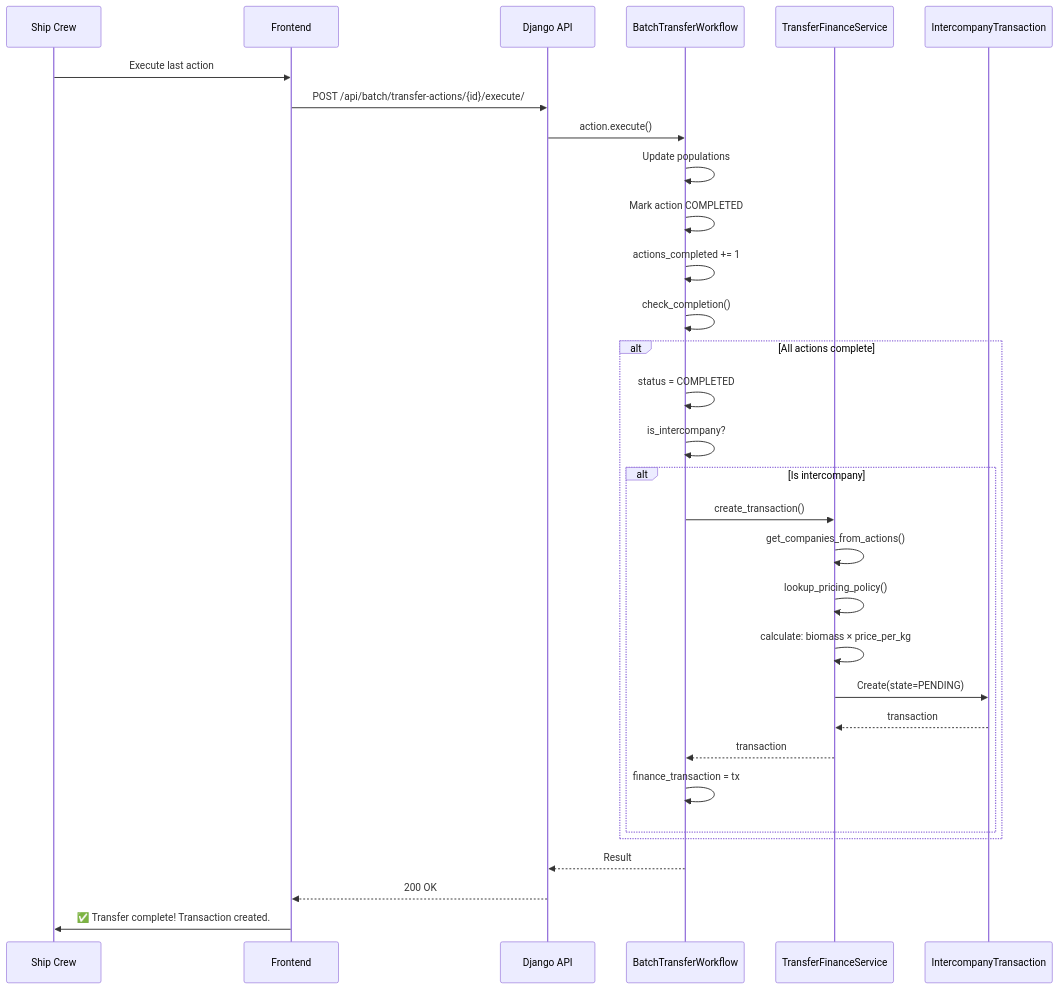
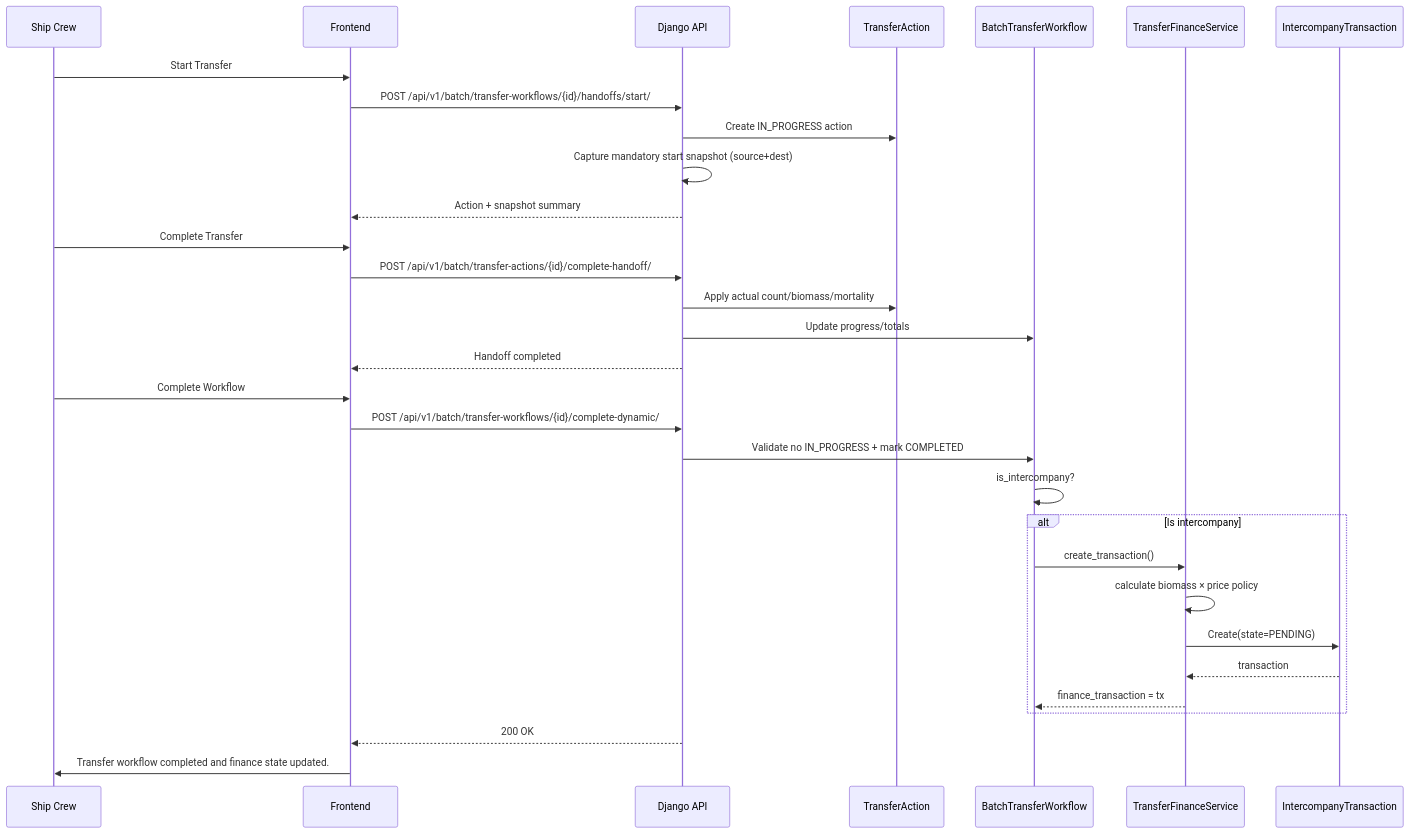
One commit to aquarian247/AquaMind changed the first of 2 diagrams in aquamind/docs/user_guides/TRANSFER_WORKFLOW_FINANCE_GUIDE.md. Above: the diagram before and after it, drawn with Mermaid. The commit also changed other lines of this file and 40 other files, not shown here.

First line of the commit message:
Checkpoint dynamic transfer execution and migration continuation hardening.

````diff
--- a/aquamind/docs/user_guides/TRANSFER_WORKFLOW_FINANCE_GUIDE.md
+++ b/aquamind/docs/user_guides/TRANSFER_WORKFLOW_FINANCE_GUIDE.md
@@ -166,37 +159,38 @@
 ```mermaid
 sequenceDiagram
     participant User as Ship Crew
     participant UI as Frontend
     participant API as Django API
+    participant ACT as TransferAction
     participant WF as BatchTransferWorkflow
     participant FS as TransferFinanceService
     participant TX as IntercompanyTransaction
 
-    User->>UI: Execute last action
-    UI->>API: POST /api/batch/transfer-actions/{id}/execute/
-    API->>WF: action.execute()
-    WF->>WF: Update populations
-    WF->>WF: Mark action COMPLETED
-    WF->>WF: actions_completed += 1
-    WF->>WF: check_completion()
-    
-    alt All actions complete
-        WF->>WF: status = COMPLETED
-        WF->>WF: is_intercompany?
-        
-        alt Is intercompany
-            WF->>FS: create_transaction()
-            FS->>FS: get_companies_from_actions()
-            FS->>FS: lookup_pricing_policy()
-            FS->>FS: calculate: biomass × price_per_kg
-            FS->>TX: Create(state=PENDING)
-            TX-->>FS: transaction
-            FS-->>WF: transaction
-            WF->>WF: finance_transaction = tx
-        end
+    User->>UI: Start Transfer
+    UI->>API: POST /api/v1/batch/transfer-workflows/{id}/handoffs/start/
+    API->>ACT: Create IN_PROGRESS action
+    API->>API: Capture mandatory start snapshot (source+dest)
+    API-->>UI: Action + snapshot summary
+
+    User->>UI: Complete Transfer
+    UI->>API: POST /api/v1/batch/transfer-actions/{id}/complete-handoff/
+    API->>ACT: Apply actual count/biomass/mortality
+    API->>WF: Update progress/totals
+    API-->>UI: Handoff completed
+
+    User->>UI: Complete Workflow
+    UI->>API: POST /api/v1/batch/transfer-workflows/{id}/complete-dynamic/
+    API->>WF: Validate no IN_PROGRESS + mark COMPLETED
+    WF->>WF: is_intercompany?
+
+    alt Is intercompany
+        WF->>FS: create_transaction()
+        FS->>FS: calculate biomass × price policy
+        FS->>TX: Create(state=PENDING)
+        TX-->>FS: transaction
+        FS-->>WF: finance_transaction = tx
     end
-    
-    WF-->>API: Result
+
     API-->>UI: 200 OK
-    UI->>User: ✅ Transfer complete! Transaction created.
+    UI->>User: Transfer workflow completed and finance state updated.
 ```
````
